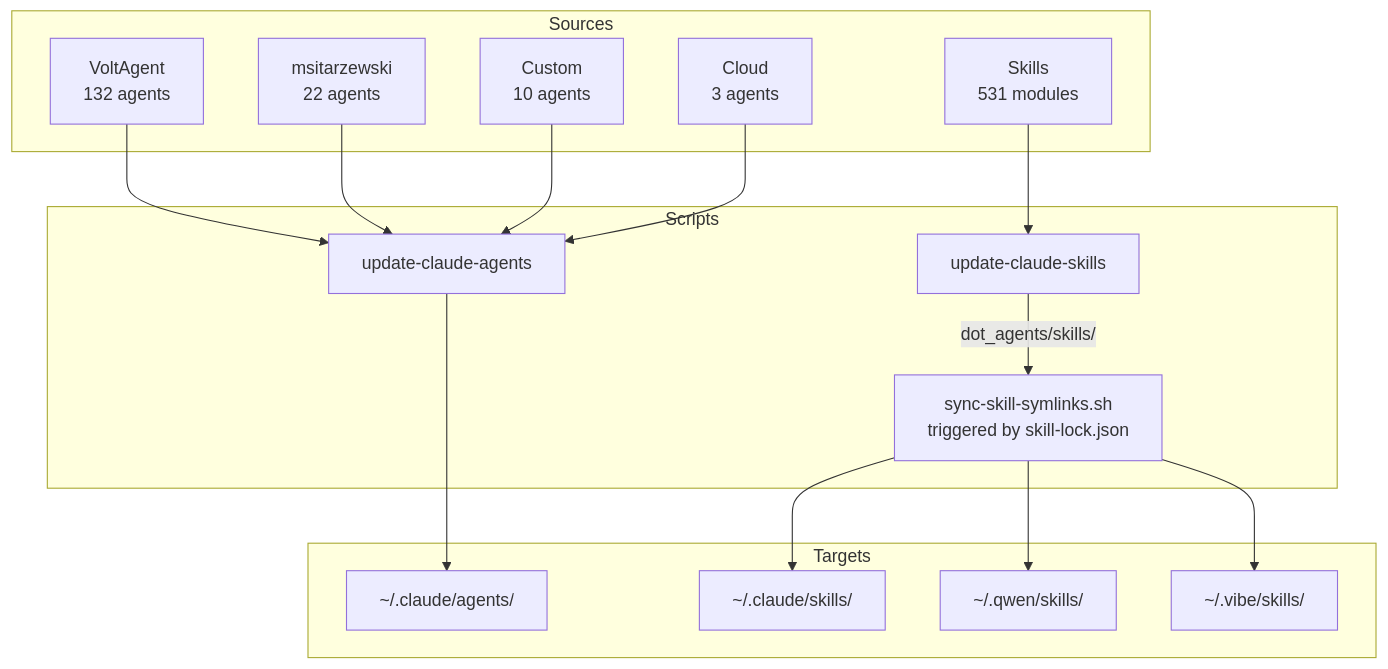
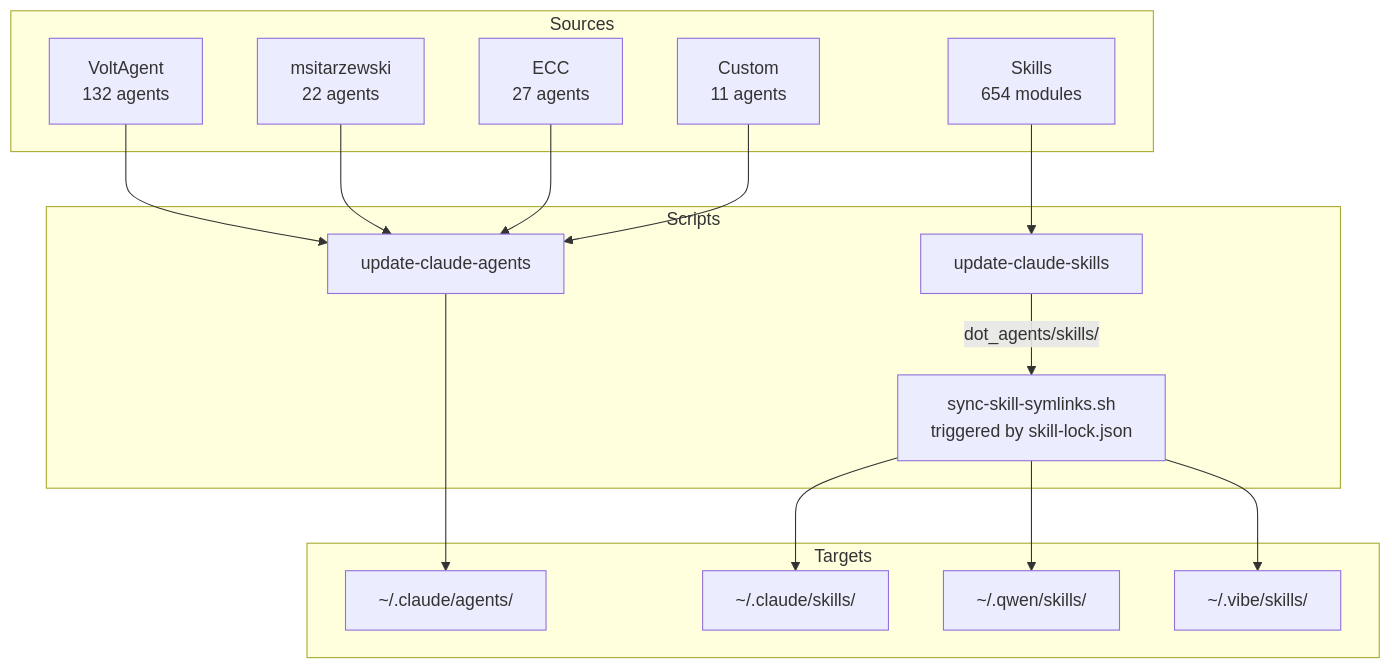
The fifth of 6 diagrams in docs/ARCHITECTURE.md (jsoyer/dotfiles), drawn with Mermaid before and after one commit. The commit also changed other lines of this file and 326 other files, not shown here.

````diff
--- a/docs/ARCHITECTURE.md
+++ b/docs/ARCHITECTURE.md
@@ -140,35 +140,35 @@
 ```mermaid
 graph TD
     subgraph Sources
         VA[VoltAgent<br>132 agents]
         MS[msitarzewski<br>22 agents]
-        CU[Custom<br>10 agents]
-        CL[Cloud<br>3 agents]
-        SK[Skills<br>531 modules]
+        ECC[ECC<br>27 agents]
+        CU[Custom<br>11 agents]
+        SK[Skills<br>654 modules]
     end
 
     subgraph Scripts
         UCA[update-claude-agents]
         UCS[update-claude-skills]
         SYNC[sync-skill-symlinks.sh<br>triggered by skill-lock.json]
     end
 
     subgraph Targets
         CA[~/.claude/agents/]
         CS[~/.claude/skills/]
         QS[~/.qwen/skills/]
         VS[~/.vibe/skills/]
     end
 
     VA --> UCA
     MS --> UCA
+    ECC --> UCA
     CU --> UCA
-    CL --> UCA
     UCA --> CA
 
     SK --> UCS
     UCS --> |dot_agents/skills/| SYNC
     SYNC --> CS
     SYNC --> QS
     SYNC --> VS
 ```
````
